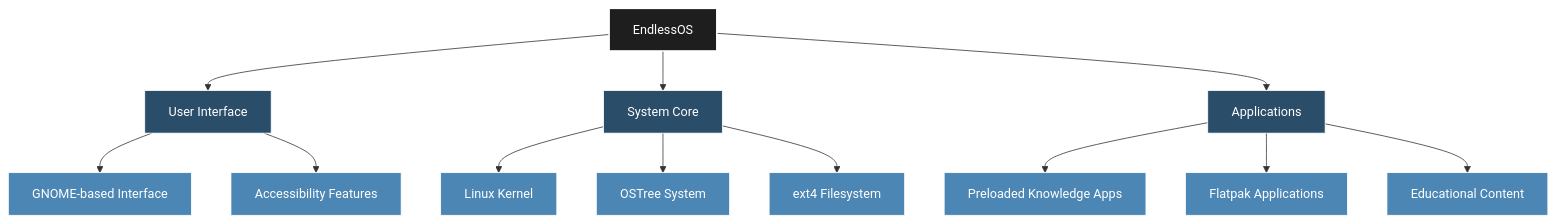
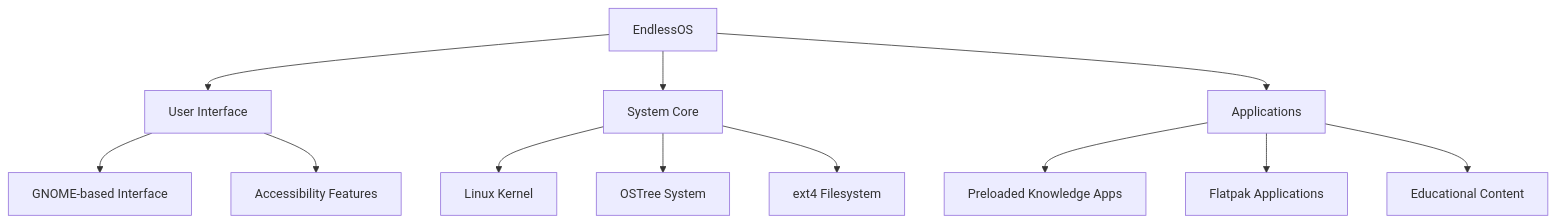
Before and after one commit to Ananya-Addisu/Endless-OS: the first of 9 diagrams in README.md, drawn with Mermaid. The commit also changed other lines of this file, not shown here.

````diff
--- a/README.md
+++ b/README.md
@@ -40,30 +40,17 @@
 ```mermaid
 flowchart TD
     A[EndlessOS] --> B[User Interface]
     A --> C[System Core]
     A --> D[Applications]
     
     B --> B1[GNOME-based Interface]
     B --> B2[Accessibility Features]
     
     C --> C1[Linux Kernel]
     C --> C2[OSTree System]
     C --> C3[ext4 Filesystem]
     
     D --> D1[Preloaded Knowledge Apps]
     D --> D2[Flatpak Applications]
     D --> D3[Educational Content]
-    
-    style A fill:#1E1E1E,stroke:#FFF,stroke-width:2px,color:#FFF
-    style B fill:#2A4D69,stroke:#FFF,stroke-width:1px,color:#FFF
-    style C fill:#2A4D69,stroke:#FFF,stroke-width:1px,color:#FFF
-    style D fill:#2A4D69,stroke:#FFF,stroke-width:1px,color:#FFF
-    style B1 fill:#4B86B4,stroke:#FFF,stroke-width:1px,color:#FFF
-    style B2 fill:#4B86B4,stroke:#FFF,stroke-width:1px,color:#FFF
-    style C1 fill:#4B86B4,stroke:#FFF,stroke-width:1px,color:#FFF
-    style C2 fill:#4B86B4,stroke:#FFF,stroke-width:1px,color:#FFF
-    style C3 fill:#4B86B4,stroke:#FFF,stroke-width:1px,color:#FFF
-    style D1 fill:#4B86B4,stroke:#FFF,stroke-width:1px,color:#FFF
-    style D2 fill:#4B86B4,stroke:#FFF,stroke-width:1px,color:#FFF
-    style D3 fill:#4B86B4,stroke:#FFF,stroke-width:1px,color:#FFF
 ```
````
